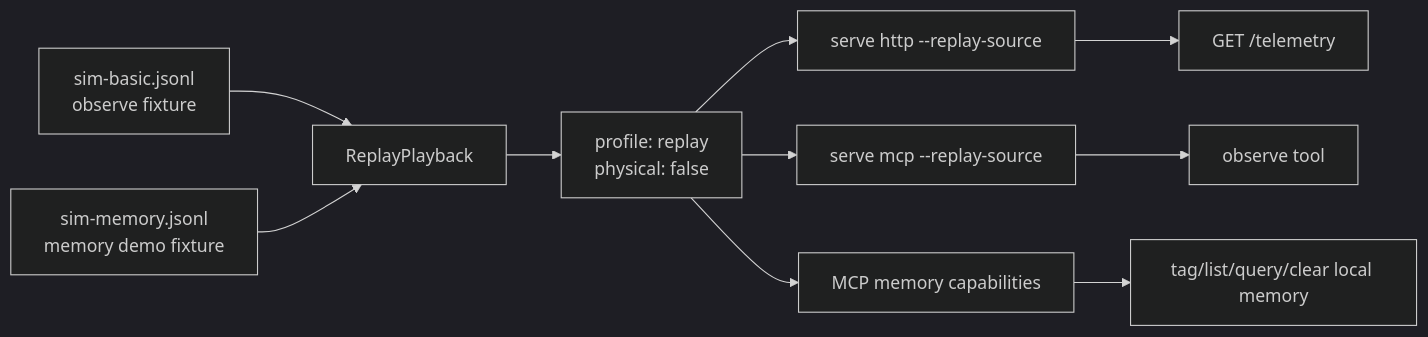
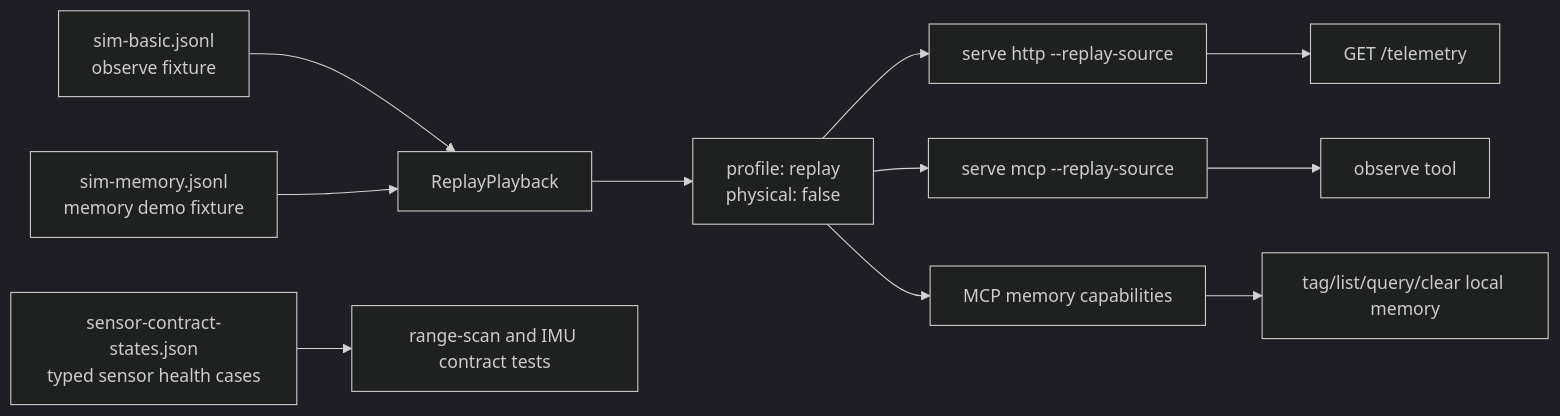
The diagram in examples/replay/README.md (specdog/leash), drawn with Mermaid (dark theme) before and after one commit. The commit also changed other lines of this file and 14 other files, not shown here.

Commit message:
Add generic scan and IMU contracts

````diff
--- a/examples/replay/README.md
+++ b/examples/replay/README.md
@@ -5,12 +5,13 @@
 ```mermaid
 flowchart LR
   fixture["sim-basic.jsonl\nobserve fixture"] --> replay["ReplayPlayback"]
   memory["sim-memory.jsonl\nmemory demo fixture"] --> replay
+  sensorStates["sensor-contract-states.json\ntyped sensor health cases"] --> contracts["range-scan and IMU contract tests"]
   replay --> harness["profile: replay\nphysical: false"]
   harness --> http["serve http --replay-source"]
   harness --> mcp["serve mcp --replay-source"]
   harness --> memoryCaps["MCP memory capabilities"]
   http --> observe["GET /telemetry"]
   mcp --> tool["observe tool"]
   memoryCaps --> recall["tag/list/query/clear local memory"]
 ```
````
